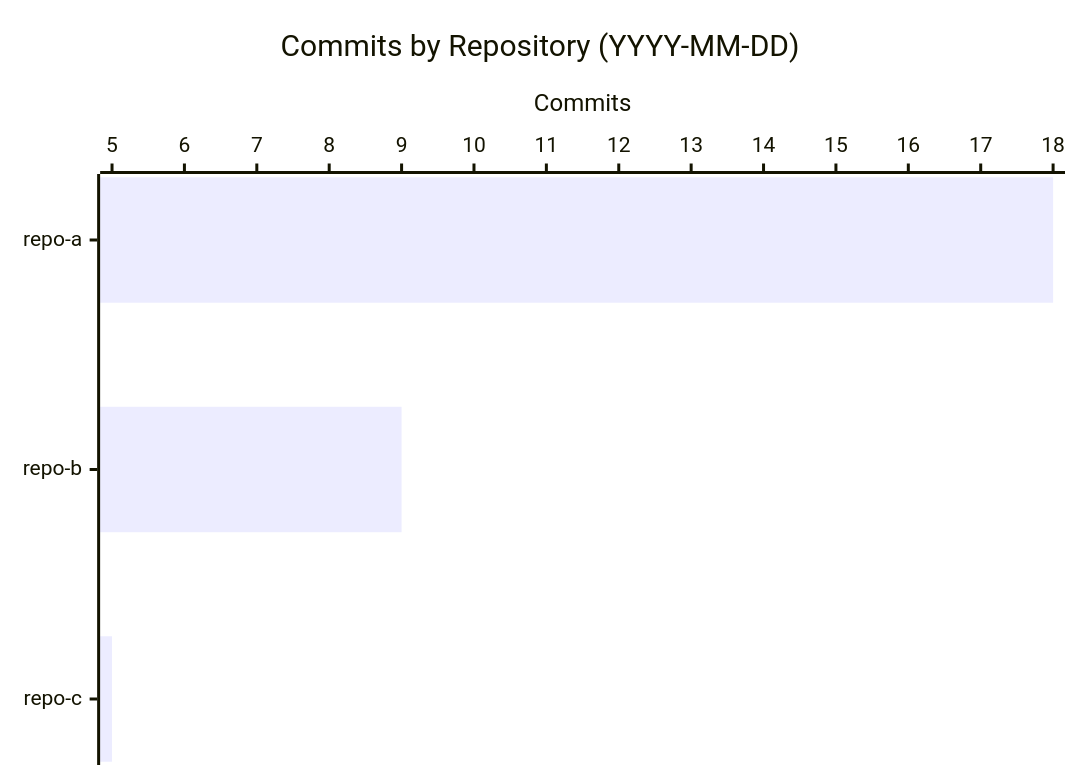
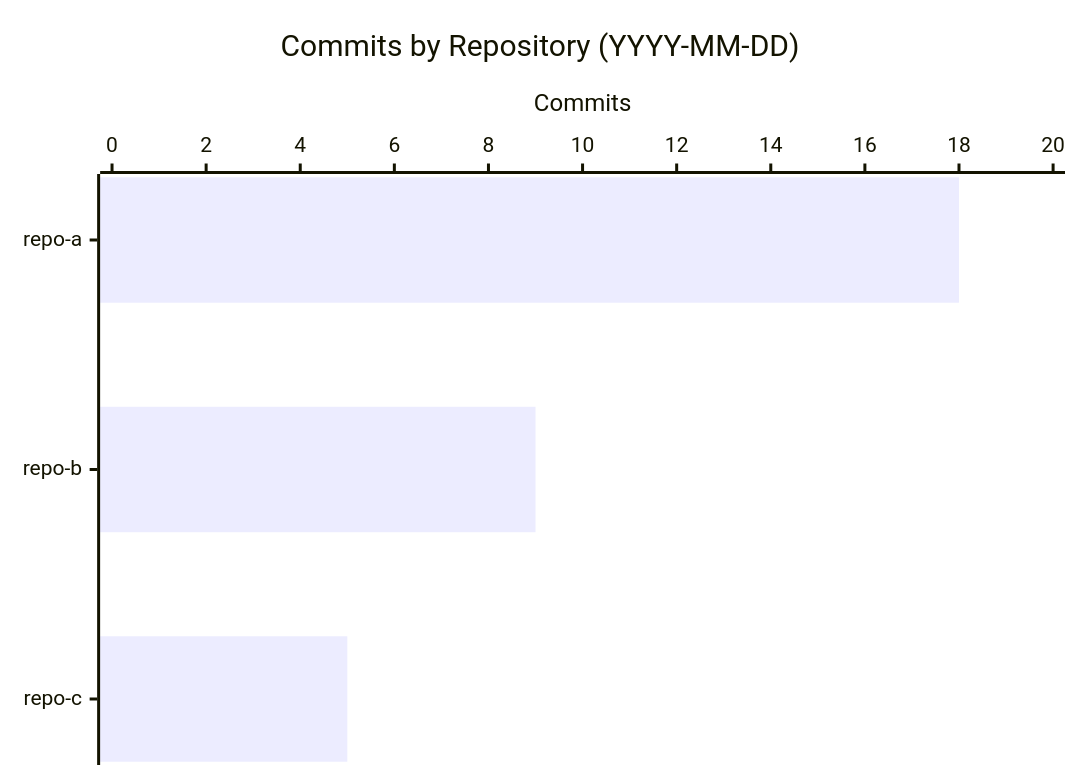
One commit to nsheaps/ai-mktpl changed the diagram in plugins/daily-report/skills/daily-report/SKILL.md. Above: the diagram before and after it, drawn with Mermaid. The commit also changed other lines of this file, not shown here.

Commit message:
fix: always start y-axis at 0 in daily report bar chart

````diff
--- a/plugins/daily-report/skills/daily-report/SKILL.md
+++ b/plugins/daily-report/skills/daily-report/SKILL.md
@@ -245,7 +245,7 @@
 ```mermaid
 xychart-beta horizontal
     title "Commits by Repository (YYYY-MM-DD)"
     x-axis ["repo-a", "repo-b", "repo-c"]
-    y-axis "Commits"
+    y-axis "Commits" 0 --> 20
     bar [18, 9, 5]
 ```
````
